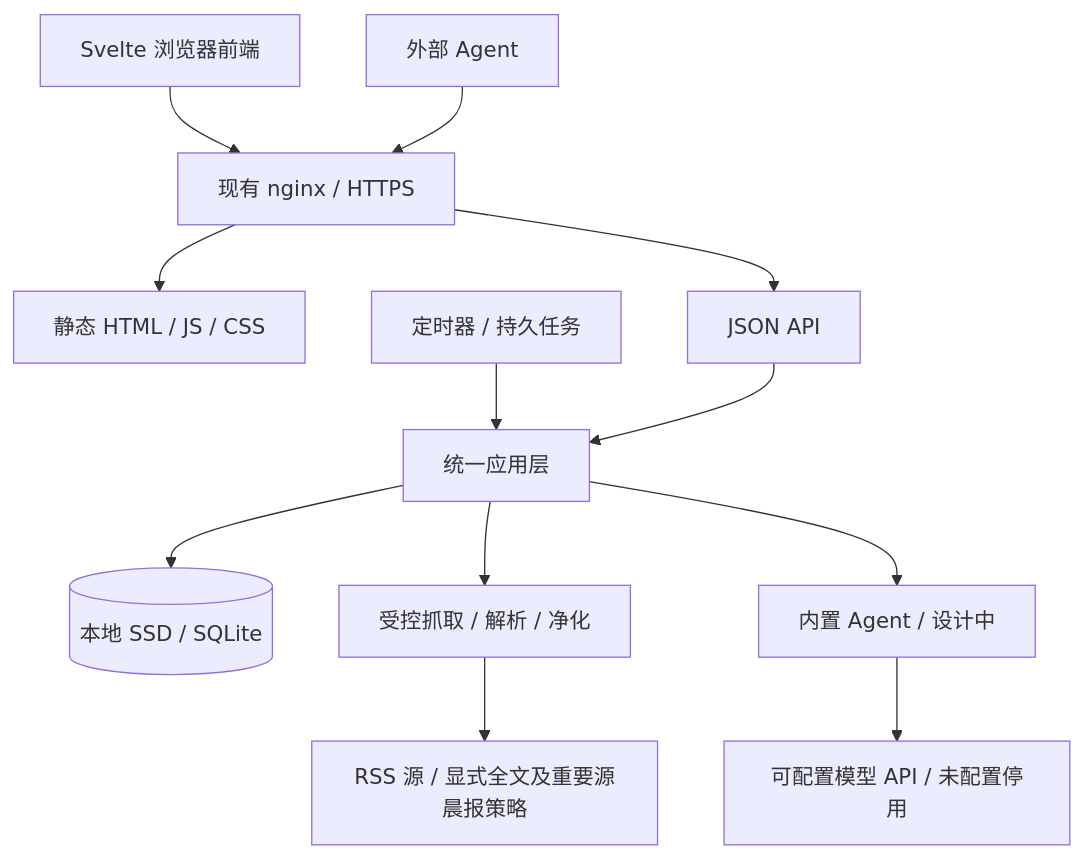
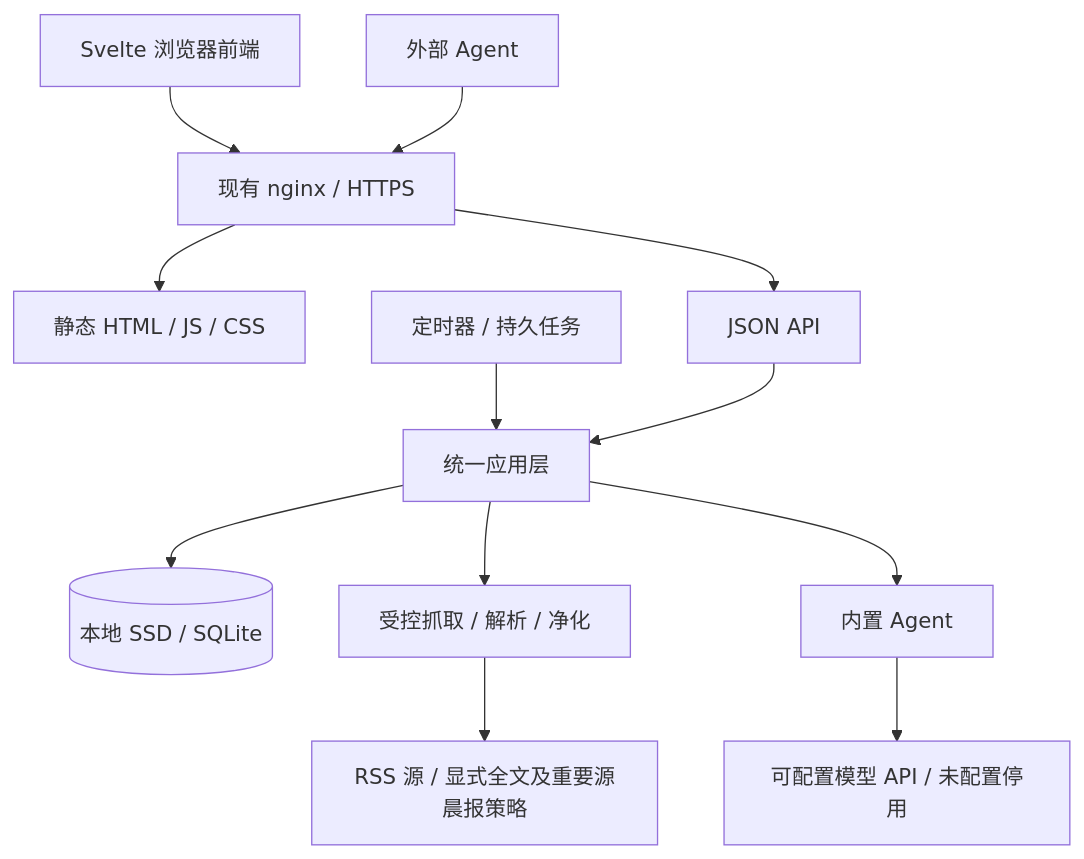
One commit to douo/shiliu-rss changed the diagram in docs/architecture.md. Above: the diagram before and after it, drawn with Mermaid. The commit also changed other lines of this file and 21 other files, not shown here.

````diff
--- a/docs/architecture.md
+++ b/docs/architecture.md
@@ -9,14 +9,14 @@
 ```mermaid
 flowchart TD
     Browser[Svelte 浏览器前端] --> Nginx[现有 nginx / HTTPS]
     Agent[外部 Agent] --> Nginx
     Nginx --> Web[静态 HTML / JS / CSS]
     Nginx --> API[JSON API]
     Timer[定时器 / 持久任务] --> App[统一应用层]
     API --> App
     App --> DB[(本地 SSD / SQLite)]
     App --> Fetch[受控抓取 / 解析 / 净化]
     Fetch --> Sources[RSS 源 / 显式全文及重要源晨报策略]
-    App --> Assistant[内置 Agent / 设计中]
+    App --> Assistant[内置 Agent]
     Assistant --> Model[可配置模型 API / 未配置停用]
 ```
````
